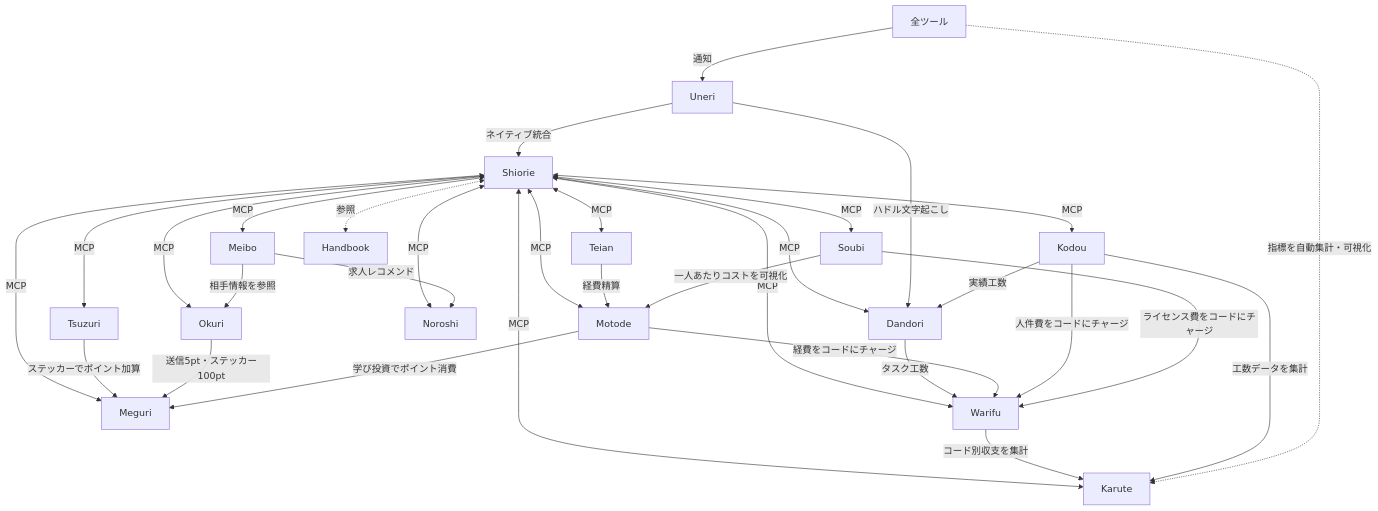
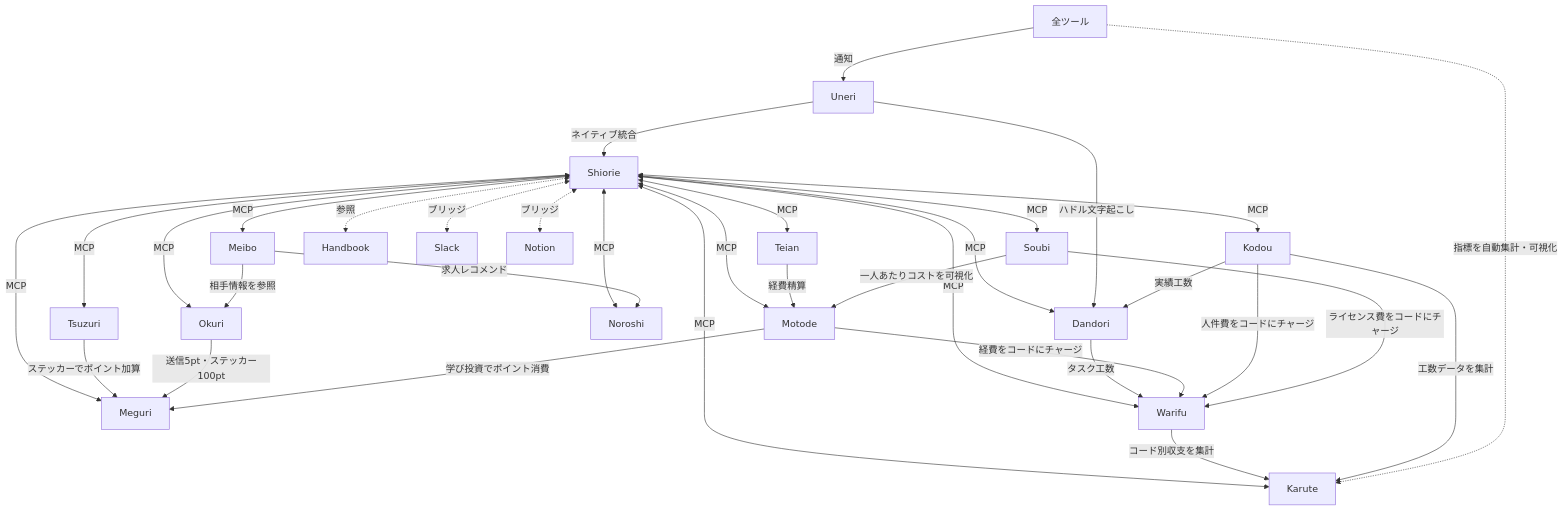
Before and after one commit to hajimism/tanden-docs: the diagram in content/docs/tools/integration.mdx, drawn with Mermaid. The commit also changed other lines of this file and 11 other files, not shown here.

````diff
--- a/content/docs/tools/integration.mdx
+++ b/content/docs/tools/integration.mdx
@@ -6,34 +68,36 @@
 ```mermaid
 graph TB
   Uneri -->|ネイティブ統合| Shiorie
   Shiorie <-->|MCP| Meibo
   Shiorie <-->|MCP| Tsuzuri
   Shiorie <-->|MCP| Okuri
   Shiorie <-->|MCP| Teian
   Shiorie <-->|MCP| Karute
   Shiorie <-->|MCP| Meguri
   Shiorie <-->|MCP| Motode
   Shiorie <-->|MCP| Noroshi
   Shiorie <-->|MCP| Warifu
   Shiorie <-->|MCP| Kodou
   Shiorie <-->|MCP| Dandori
   Shiorie <-->|MCP| Soubi
   Shiorie <-.->|参照| Handbook
+  Shiorie <-.->|ブリッジ| Slack
+  Shiorie <-.->|ブリッジ| Notion
   Uneri -->|ハドル文字起こし| Dandori
   Kodou -->|実績工数| Dandori
   Dandori -->|タスク工数| Warifu
   全ツール -->|通知| Uneri
   Teian -->|経費精算| Motode
   Meibo -->|相手情報を参照| Okuri
   Meibo -->|求人レコメンド| Noroshi
   Tsuzuri -->|ステッカーでポイント加算| Meguri
   Okuri -->|送信5pt・ステッカー100pt| Meguri
   Motode -->|学び投資でポイント消費| Meguri
   Motode -->|経費をコードにチャージ| Warifu
   Kodou -->|人件費をコードにチャージ| Warifu
   Soubi -->|ライセンス費をコードにチャージ| Warifu
   Soubi -->|一人あたりコストを可視化| Motode
   Warifu -->|コード別収支を集計| Karute
   Kodou -->|工数データを集計| Karute
   全ツール -.->|指標を自動集計・可視化| Karute
 ```
````
